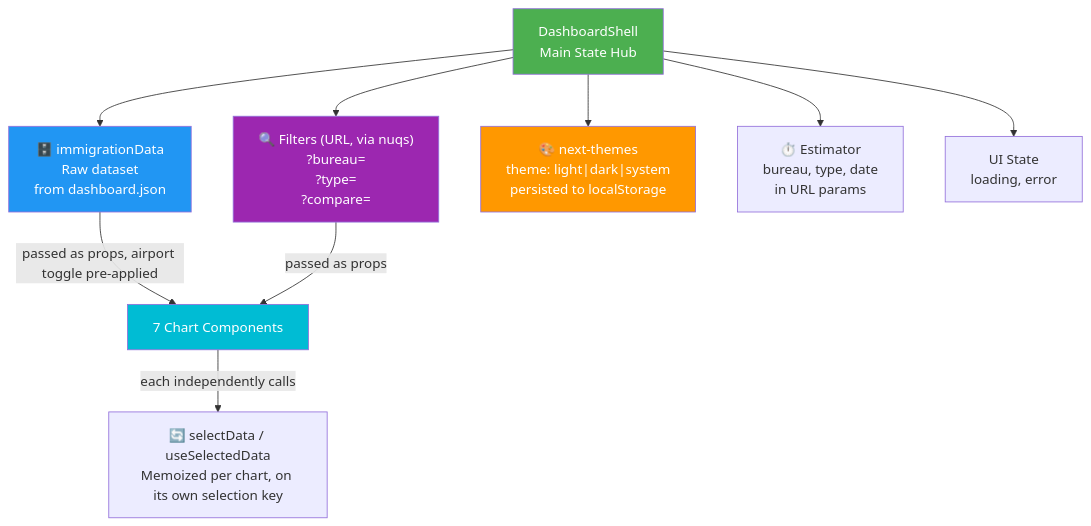
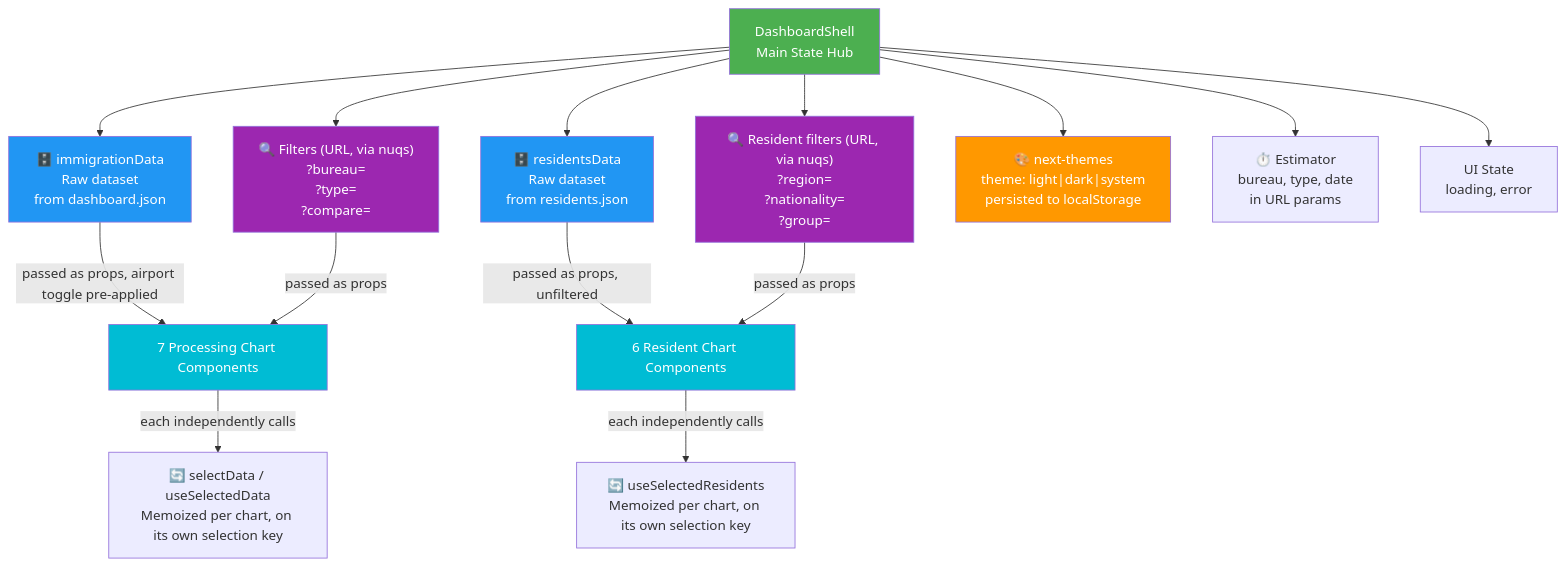
One commit to RetroHazard/JP_Immigration_Dashboard changed the eighth of 17 diagrams in ARCHITECTURE.md. Above: the diagram before and after it, drawn with Mermaid. The commit also changed other lines of this file and 87 other files, not shown here.

First line of the commit message:
Add Foreign Residents dataset with growth, flow, and status analytics (#77)

````diff
--- a/ARCHITECTURE.md
+++ b/ARCHITECTURE.md
@@ -293,30 +354,41 @@
 ```mermaid
 graph TD
     SHELL["DashboardShell<br/>Main State Hub"]
     
     DATA["🗄️ immigrationData<br/>Raw dataset<br/>from dashboard.json"]
+    RDATA["🗄️ residentsData<br/>Raw dataset<br/>from residents.json"]
     
     FILTERS["🔍 Filters (URL, via nuqs)<br/>?bureau=<br/>?type=<br/>?compare="]
+    RFILTERS["🔍 Resident filters (URL, via nuqs)<br/>?region=<br/>?nationality=<br/>?group="]
     
     THEME["🎨 next-themes<br/>theme: light|dark|system<br/>persisted to localStorage"]
     
     ESTIMATOR["⏱️ Estimator<br/>bureau, type, date<br/>in URL params"]
     
     UI["UI State<br/>loading, error"]
     
     SHELL --> DATA
+    SHELL --> RDATA
     SHELL --> FILTERS
+    SHELL --> RFILTERS
     SHELL --> THEME
     SHELL --> ESTIMATOR
     SHELL --> UI
     
-    DATA -->|passed as props, airport toggle pre-applied| CHARTS["7 Chart Components"]
+    DATA -->|passed as props, airport toggle pre-applied| CHARTS["7 Processing Chart Components"]
     FILTERS -->|passed as props| CHARTS
     CHARTS -->|each independently calls| FILTERED["🔄 selectData / useSelectedData<br/>Memoized per chart, on its own selection key"]
+
+    RDATA -->|passed as props, unfiltered| RCHARTS["6 Resident Chart Components"]
+    RFILTERS -->|passed as props| RCHARTS
+    RCHARTS -->|each independently calls| RFILTERED["🔄 useSelectedResidents<br/>Memoized per chart, on its own selection key"]
     
     style SHELL fill:#4CAF50,color:#fff
     style DATA fill:#2196F3,color:#fff
+    style RDATA fill:#2196F3,color:#fff
     style FILTERS fill:#9C27B0,color:#fff
+    style RFILTERS fill:#9C27B0,color:#fff
     style THEME fill:#FF9800,color:#fff
     style CHARTS fill:#00BCD4,color:#fff
+    style RCHARTS fill:#00BCD4,color:#fff
 ```
````
